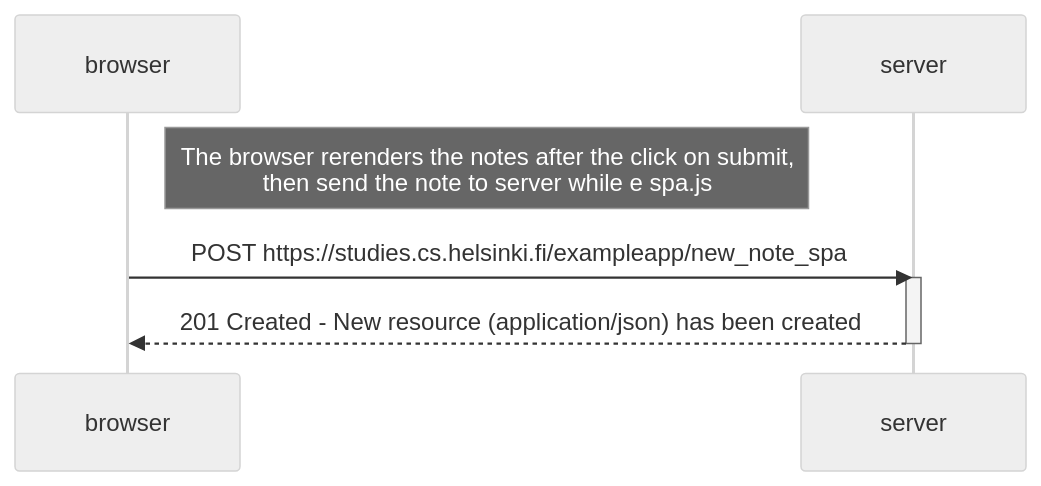
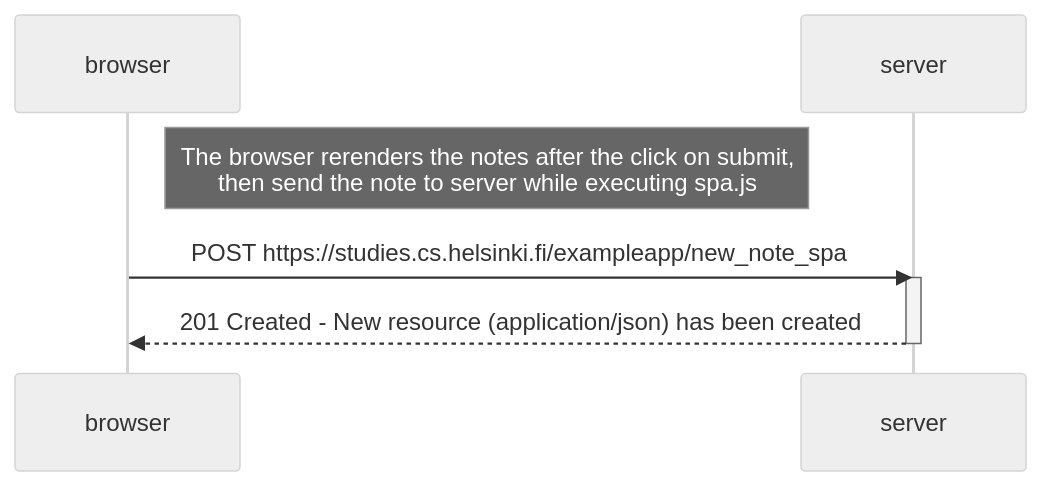
The diagram in part0/ex6.md (WitchPuff/FullStackOpen), drawn with Mermaid (neutral theme) before and after one commit. The commit also changed 30 other files, not shown here.

````diff
--- a/part0/ex6.md
+++ b/part0/ex6.md
@@ -1,13 +1,13 @@
 ```mermaid
 sequenceDiagram
     participant browser
     participant server
     
-	Note right of browser: The browser rerenders the notes after the click on submit,<br>then send the note to server while e spa.js
+	Note right of browser: The browser rerenders the notes after the click on submit,<br>then send the note to server while executing spa.js
 	
     browser->>server: POST https://studies.cs.helsinki.fi/exampleapp/new_note_spa
     activate server
     server-->>browser: 201 Created - New resource (application/json) has been created
     deactivate server
     
 ```
````
